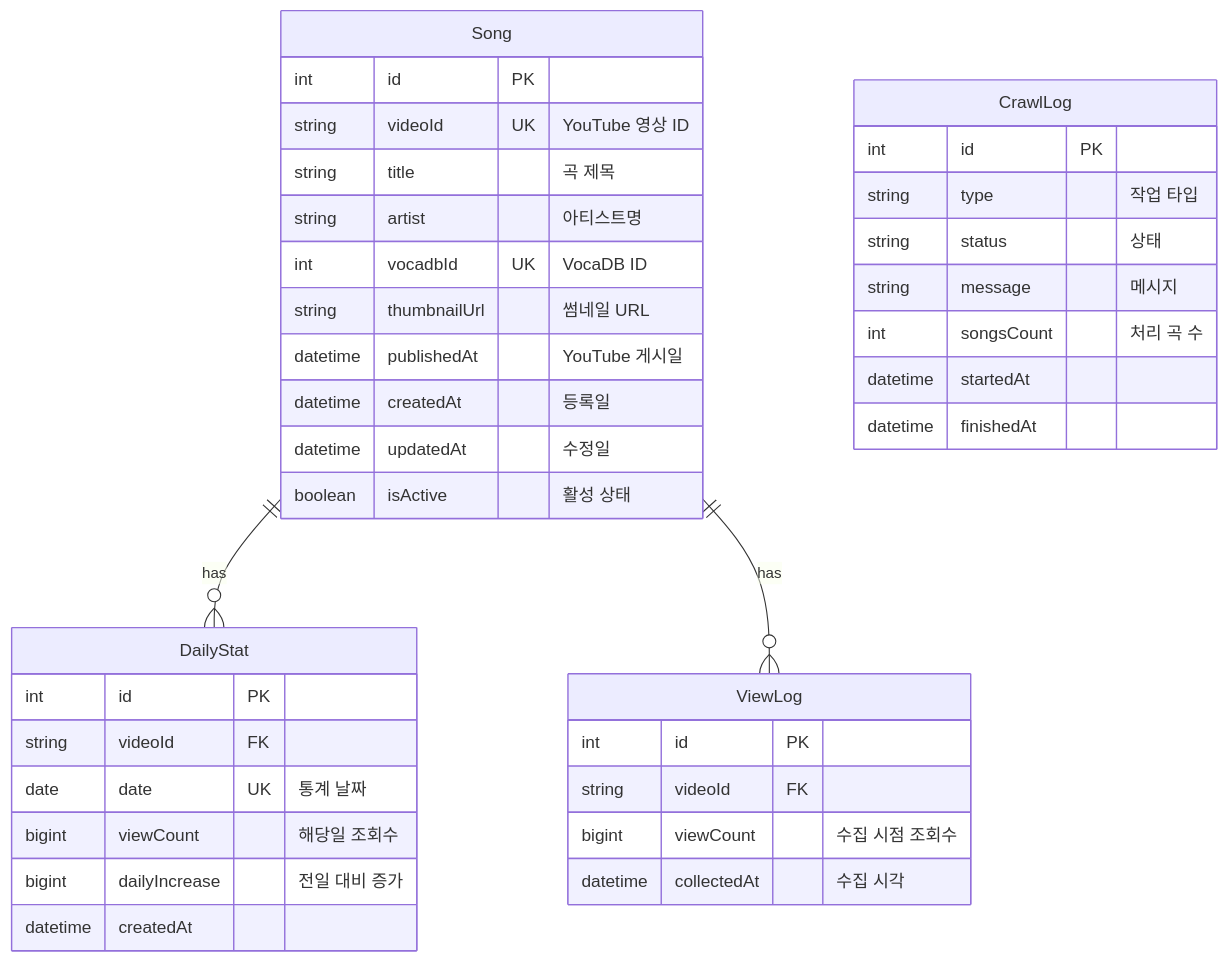
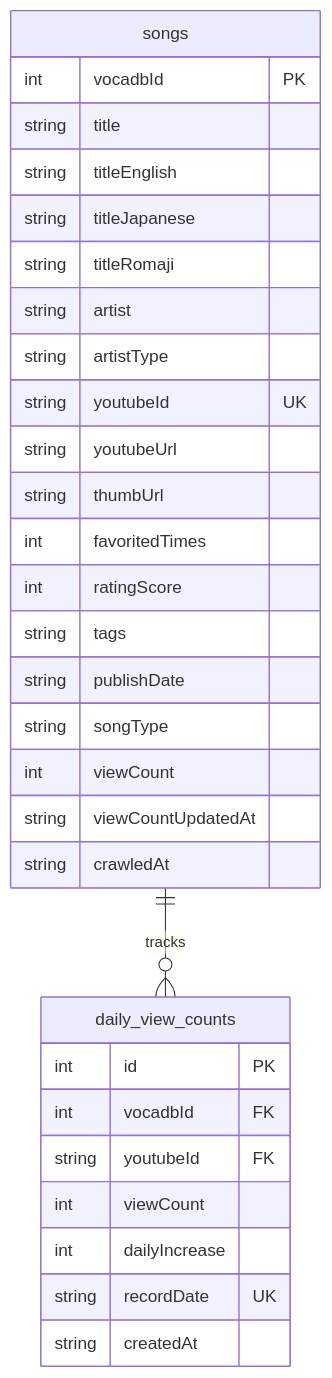
Before and after one commit to seanjr2847/Vocatify: the diagram in erd.md, drawn with Mermaid. The commit also changed other lines of this file and 69 other files, not shown here.

````diff
--- a/erd.md
+++ b/erd.md
@@ -16,44 +16,34 @@
 ```mermaid
 erDiagram
-    Song ||--o{ DailyStat : has
-    Song ||--o{ ViewLog : has
-
-    Song {
-        int id PK
-        string videoId UK "YouTube 영상 ID"
-        string title "곡 제목"
-        string artist "아티스트명"
-        int vocadbId UK "VocaDB ID"
-        string thumbnailUrl "썸네일 URL"
-        datetime publishedAt "YouTube 게시일"
-        datetime createdAt "등록일"
-        datetime updatedAt "수정일"
-        boolean isActive "활성 상태"
+    songs ||--o{ daily_view_counts : tracks
+    songs {
+        int vocadbId PK
+        string title
+        string titleEnglish
+        string titleJapanese
+        string titleRomaji
+        string artist
+        string artistType
+        string youtubeId UK
+        string youtubeUrl
+        string thumbUrl
+        int favoritedTimes
+        int ratingScore
+        string tags
+        string publishDate
+        string songType
+        int viewCount
+        string viewCountUpdatedAt
+        string crawledAt
     }
 
-    DailyStat {
+    daily_view_counts {
         int id PK
-        string videoId FK
-        date date UK "통계 날짜"
-        bigint viewCount "해당일 조회수"
-        bigint dailyIncrease "전일 대비 증가"
-        datetime createdAt
-    }
-
-    ViewLog {
-        int id PK
-        string videoId FK
-        bigint viewCount "수집 시점 조회수"
-        datetime collectedAt "수집 시각"
-    }
-
-    CrawlLog {
-        int id PK
-        string type "작업 타입"
-        string status "상태"
-        string message "메시지"
-        int songsCount "처리 곡 수"
-        datetime startedAt
-        datetime finishedAt
+        int vocadbId FK
+        string youtubeId FK
+        int viewCount
+        int dailyIncrease
+        string recordDate UK
+        string createdAt
     }
 ```
````
